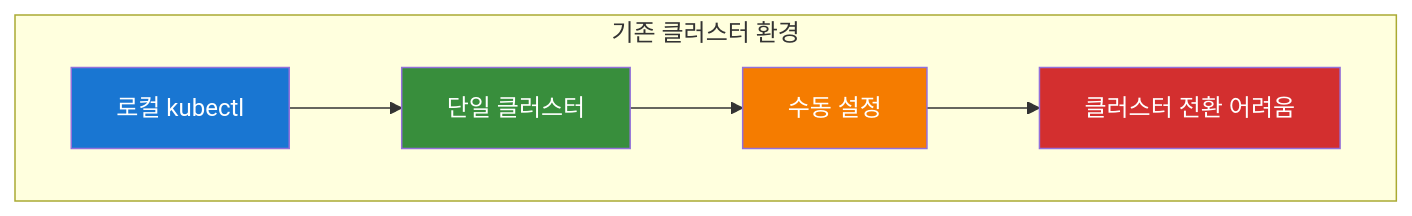
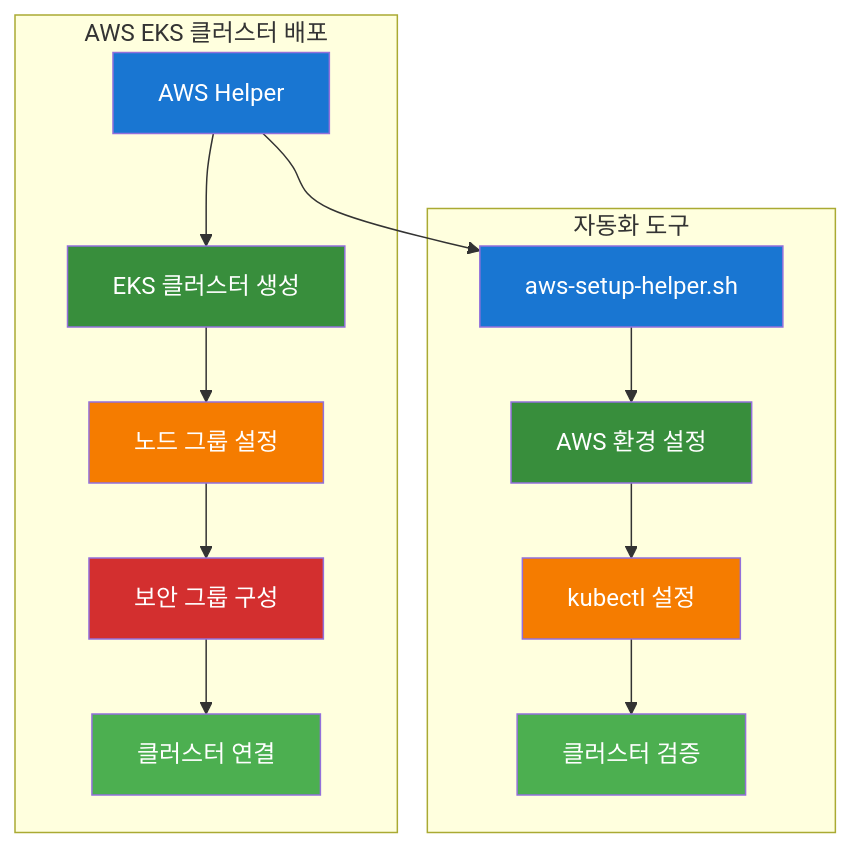
Before and after one commit to jungfrau70/mcp_cloud: diagram 11 of 18 in mcp_knowledge_base/cloud_intermediate/lectures/day1/Day1_통합강의안_오전.md, drawn with Mermaid. The commit also changed other lines of this file and 20 other files, not shown here.

````diff
--- a/mcp_knowledge_base/cloud_intermediate/lectures/day1/Day1_통합강의안_오전.md
+++ b/mcp_knowledge_base/cloud_intermediate/lectures/day1/Day1_통합강의안_오전.md
@@ -1118,13 +1220,27 @@
 ```mermaid
 flowchart TD
-    subgraph "기존 클러스터 환경"
-        A["로컬 kubectl"] --> B["단일 클러스터"]
-        B --> C["수동 설정"]
-        C --> D["클러스터 전환 어려움"]
+    subgraph "AWS EKS 클러스터 배포"
+        A["AWS Helper"] --> B["EKS 클러스터 생성"]
+        B --> C["노드 그룹 설정"]
+        C --> D["보안 그룹 구성"]
+        D --> E["클러스터 연결"]
     end
+    
+    subgraph "자동화 도구"
+        F["aws-setup-helper.sh"] --> G["AWS 환경 설정"]
+        G --> H["kubectl 설정"]
+        H --> I["클러스터 검증"]
+    end
+    
+    A --> F
     
     style A fill:#1976d2,color:#ffffff
     style B fill:#388e3c,color:#ffffff
     style C fill:#f57c00,color:#ffffff
     style D fill:#d32f2f,color:#ffffff
+    style E fill:#4caf50,color:#ffffff
+    style F fill:#1976d2,color:#ffffff
+    style G fill:#388e3c,color:#ffffff
+    style H fill:#f57c00,color:#ffffff
+    style I fill:#4caf50,color:#ffffff
 ```
````
